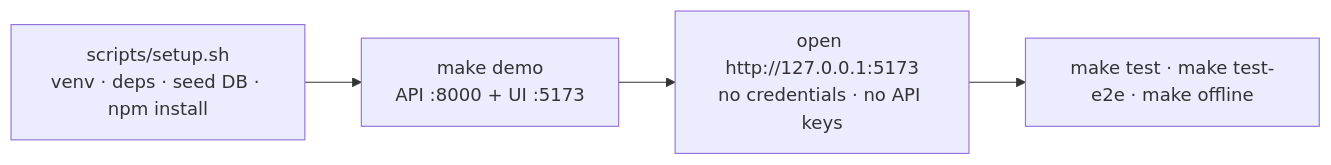
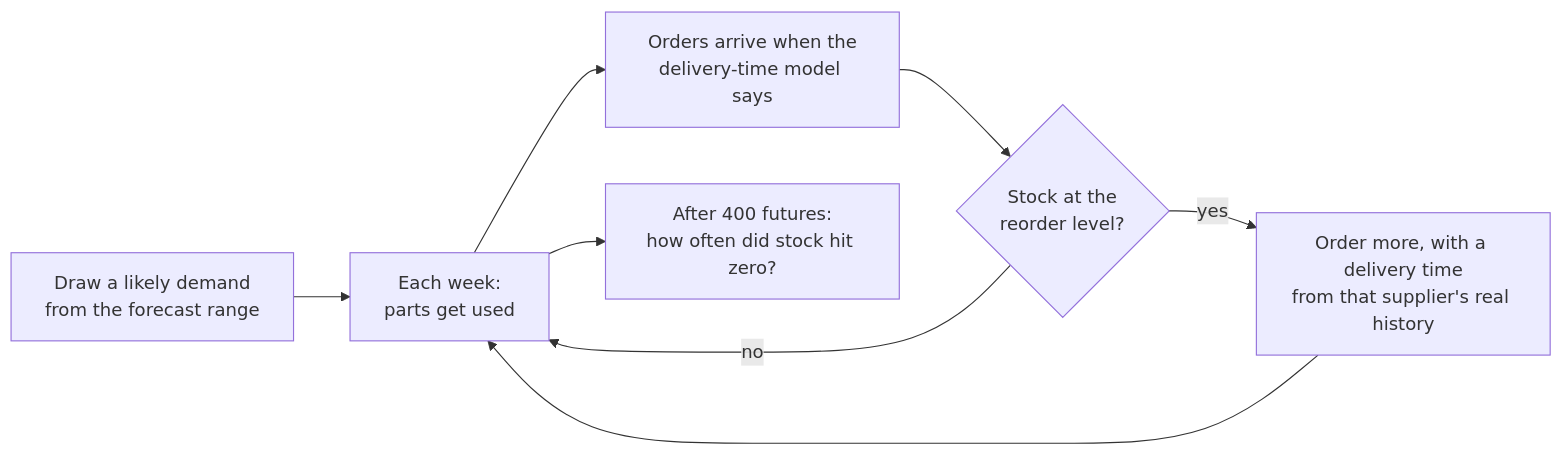
Before and after one commit to florina787/Data-sets: the second of 2 diagrams in flying-florina/README.md, drawn with Mermaid. The commit also changed other lines of this file and 1 other file, not shown here.

````diff
--- a/flying-florina/README.md
+++ b/flying-florina/README.md
@@ -872,6 +381,10 @@
 ```mermaid
 flowchart LR
-  A["scripts/setup.sh<br/>venv · deps · seed DB · npm install"] --> B["make demo<br/>API :8000 + UI :5173"]
-  B --> C["open http://127.0.0.1:5173<br/>no credentials · no API keys"]
-  C --> D["make test · make test-e2e · make offline"]
+  A["Draw a likely demand<br/>from the forecast range"] --> B["Each week:<br/>parts get used"]
+  B --> C["Orders arrive when the<br/>delivery-time model says"]
+  C --> D{"Stock at the<br/>reorder level?"}
+  D -->|yes| E["Order more, with a delivery time<br/>from that supplier's real history"]
+  D -->|no| B
+  E --> B
+  B --> F["After 400 futures:<br/>how often did stock hit zero?"]
 ```
````
